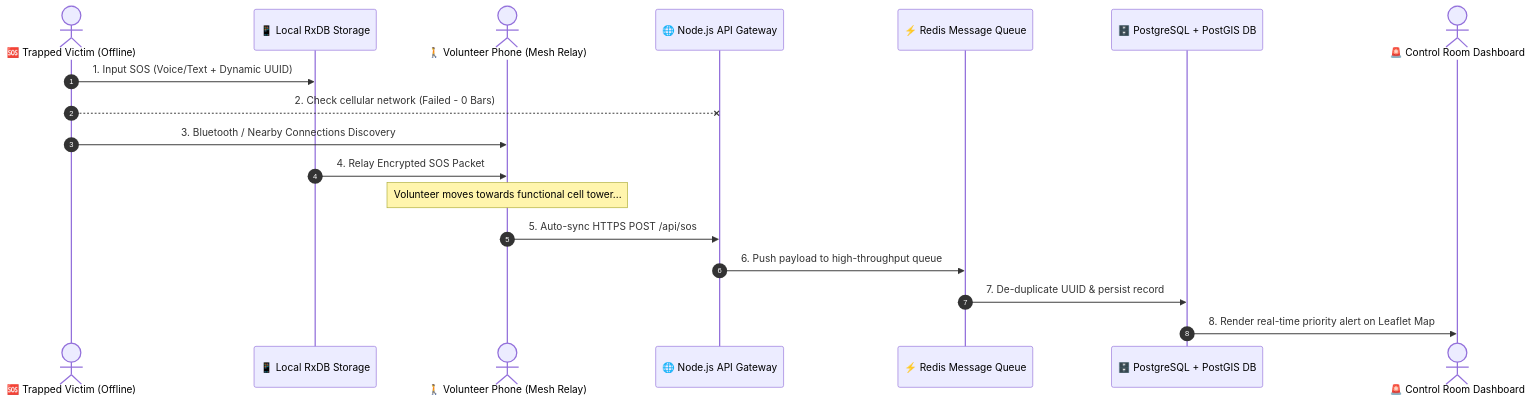
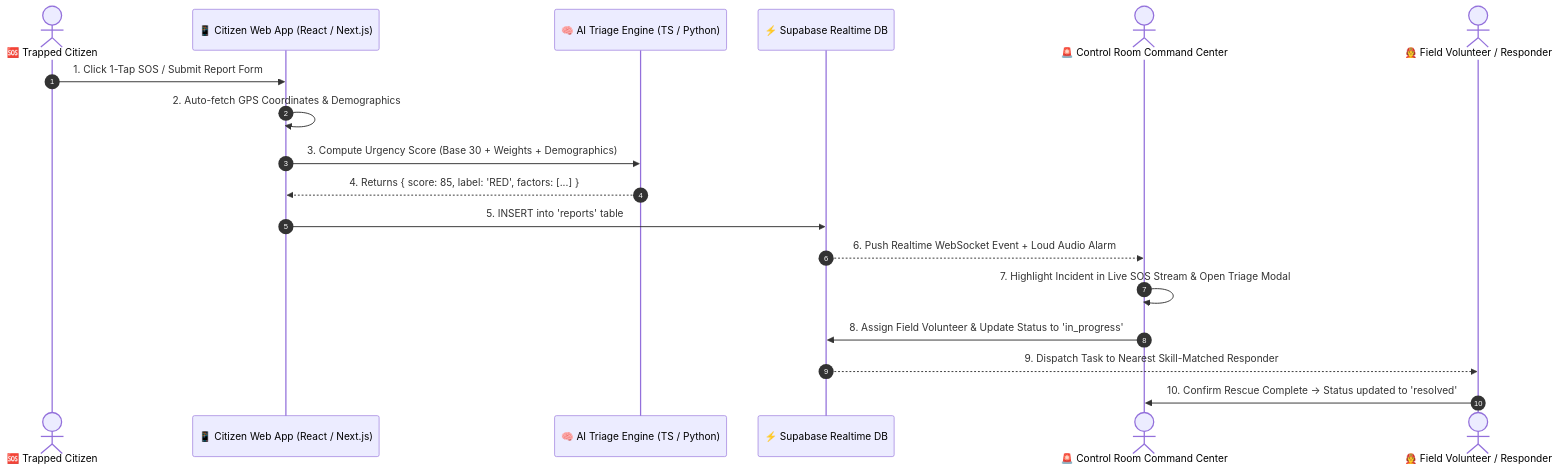
The second of 6 diagrams in README.md (MrinallSamal-byte/SIH), drawn with Mermaid before and after one commit. The commit also changed other lines of this file and 680 other files, not shown here.

Commit message:
feat: initialize React 19 web frontend with core routing and navigation, and scaffold FastAPI AI engine components.

````diff
--- a/README.md
+++ b/README.md
@@ -427,21 +72,21 @@
 ```mermaid
 sequenceDiagram
     autonumber
-    actor Victim as 🆘 Trapped Victim (Offline)
-    participant RxDB as 📱 Local RxDB Storage
-    actor Volunteer as 🚶 Volunteer Phone (Mesh Relay)
-    participant Gateway as 🌐 Node.js API Gateway
-    participant Redis as ⚡ Redis Message Queue
-    participant DB as 🗄️ PostgreSQL + PostGIS DB
-    actor Admin as 🚨 Control Room Dashboard
+    actor Victim as 🆘 Trapped Citizen
+    participant Client as 📱 Citizen Web App (React / Next.js)
+    participant Triage as 🧠 AI Triage Engine (TS / Python)
+    participant Supabase as ⚡ Supabase Realtime DB
+    actor Admin as 🚨 Control Room Command Center
+    actor Rescuer as 🧑‍🚒 Field Volunteer / Responder
 
-    Victim->>RxDB: 1. Input SOS (Voice/Text + Dynamic UUID)
-    Victim--xGateway: 2. Check cellular network (Failed - 0 Bars)
-    Victim->>Volunteer: 3. Bluetooth / Nearby Connections Discovery
-    RxDB->>Volunteer: 4. Relay Encrypted SOS Packet
-    Note over Volunteer: Volunteer moves towards functional cell tower...
-    Volunteer->>Gateway: 5. Auto-sync HTTPS POST /api/sos
-    Gateway->>Redis: 6. Push payload to high-throughput queue
-    Redis->>DB: 7. De-duplicate UUID & persist record
-    DB->>Admin: 8. Render real-time priority alert on Leaflet Map
+    Victim->>Client: 1. Click 1-Tap SOS / Submit Report Form
+    Client->>Client: 2. Auto-fetch GPS Coordinates & Demographics
+    Client->>Triage: 3. Compute Urgency Score (Base 30 + Weights + Demographics)
+    Triage-->>Client: 4. Returns { score: 85, label: 'RED', factors: [...] }
+    Client->>Supabase: 5. INSERT into 'reports' table
+    Supabase-->>Admin: 6. Push Realtime WebSocket Event + Loud Audio Alarm
+    Admin->>Admin: 7. Highlight Incident in Live SOS Stream & Open Triage Modal
+    Admin->>Supabase: 8. Assign Field Volunteer & Update Status to 'in_progress'
+    Supabase-->>Rescuer: 9. Dispatch Task to Nearest Skill-Matched Responder
+    Rescuer->>Admin: 10. Confirm Rescue Complete -> Status updated to 'resolved'
 ```
````
